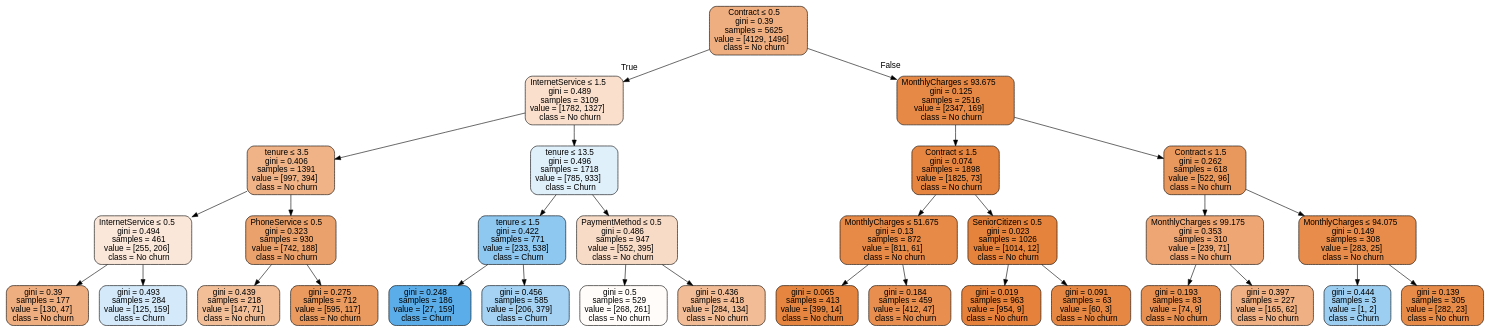
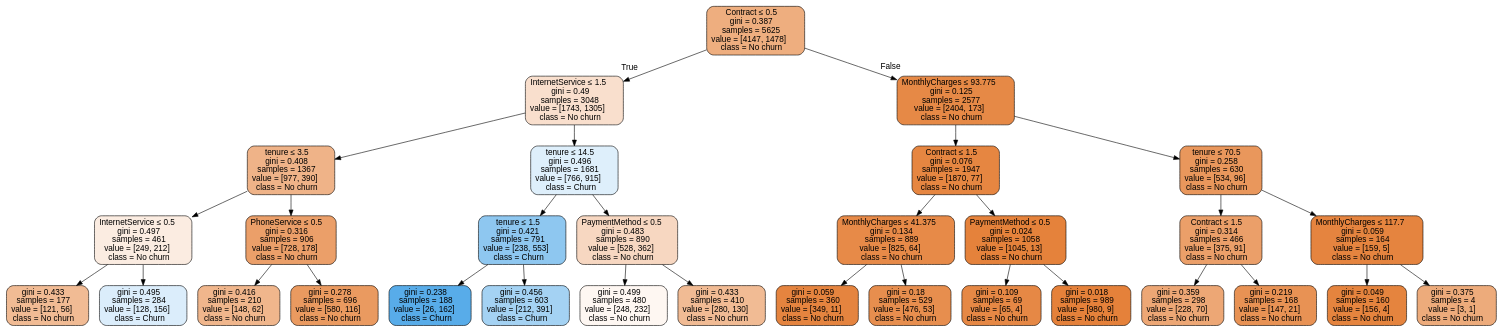
The diagram in decision_tree.gv (smarty1palak/Customer_Churn_Prediction), drawn with Graphviz before and after one commit. The commit also changed 6 other files, not shown here.

```diff
--- a/decision_tree.gv
+++ b/decision_tree.gv
@@ -1,65 +1,65 @@
 digraph Tree {
 node [shape=box, style="filled, rounded", color="black", fontname=helvetica] ;
 edge [fontname=helvetica] ;
-0 [label=<Contract &le; 0.5<br/>gini = 0.39<br/>samples = 5625<br/>value = [4129, 1496]<br/>class = No churn>, fillcolor="#e58139a3"] ;
-1 [label=<InternetService &le; 1.5<br/>gini = 0.489<br/>samples = 3109<br/>value = [1782, 1327]<br/>class = No churn>, fillcolor="#e5813941"] ;
+0 [label=<Contract &le; 0.5<br/>gini = 0.387<br/>samples = 5625<br/>value = [4147, 1478]<br/>class = No churn>, fillcolor="#e58139a4"] ;
+1 [label=<InternetService &le; 1.5<br/>gini = 0.49<br/>samples = 3048<br/>value = [1743, 1305]<br/>class = No churn>, fillcolor="#e5813940"] ;
 0 -> 1 [labeldistance=2.5, labelangle=45, headlabel="True"] ;
-2 [label=<tenure &le; 3.5<br/>gini = 0.406<br/>samples = 1391<br/>value = [997, 394]<br/>class = No churn>, fillcolor="#e581399a"] ;
+2 [label=<tenure &le; 3.5<br/>gini = 0.408<br/>samples = 1367<br/>value = [977, 390]<br/>class = No churn>, fillcolor="#e5813999"] ;
 1 -> 2 ;
-3 [label=<InternetService &le; 0.5<br/>gini = 0.494<br/>samples = 461<br/>value = [255, 206]<br/>class = No churn>, fillcolor="#e5813931"] ;
+3 [label=<InternetService &le; 0.5<br/>gini = 0.497<br/>samples = 461<br/>value = [249, 212]<br/>class = No churn>, fillcolor="#e5813926"] ;
 2 -> 3 ;
-4 [label=<gini = 0.39<br/>samples = 177<br/>value = [130, 47]<br/>class = No churn>, fillcolor="#e58139a3"] ;
+4 [label=<gini = 0.433<br/>samples = 177<br/>value = [121, 56]<br/>class = No churn>, fillcolor="#e5813989"] ;
 3 -> 4 ;
-5 [label=<gini = 0.493<br/>samples = 284<br/>value = [125, 159]<br/>class = Churn>, fillcolor="#399de537"] ;
+5 [label=<gini = 0.495<br/>samples = 284<br/>value = [128, 156]<br/>class = Churn>, fillcolor="#399de52e"] ;
 3 -> 5 ;
-6 [label=<PhoneService &le; 0.5<br/>gini = 0.323<br/>samples = 930<br/>value = [742, 188]<br/>class = No churn>, fillcolor="#e58139be"] ;
+6 [label=<PhoneService &le; 0.5<br/>gini = 0.316<br/>samples = 906<br/>value = [728, 178]<br/>class = No churn>, fillcolor="#e58139c1"] ;
 2 -> 6 ;
-7 [label=<gini = 0.439<br/>samples = 218<br/>value = [147, 71]<br/>class = No churn>, fillcolor="#e5813984"] ;
+7 [label=<gini = 0.416<br/>samples = 210<br/>value = [148, 62]<br/>class = No churn>, fillcolor="#e5813994"] ;
 6 -> 7 ;
-8 [label=<gini = 0.275<br/>samples = 712<br/>value = [595, 117]<br/>class = No churn>, fillcolor="#e58139cd"] ;
+8 [label=<gini = 0.278<br/>samples = 696<br/>value = [580, 116]<br/>class = No churn>, fillcolor="#e58139cc"] ;
 6 -> 8 ;
-9 [label=<tenure &le; 13.5<br/>gini = 0.496<br/>samples = 1718<br/>value = [785, 933]<br/>class = Churn>, fillcolor="#399de528"] ;
+9 [label=<tenure &le; 14.5<br/>gini = 0.496<br/>samples = 1681<br/>value = [766, 915]<br/>class = Churn>, fillcolor="#399de52a"] ;
 1 -> 9 ;
-10 [label=<tenure &le; 1.5<br/>gini = 0.422<br/>samples = 771<br/>value = [233, 538]<br/>class = Churn>, fillcolor="#399de591"] ;
+10 [label=<tenure &le; 1.5<br/>gini = 0.421<br/>samples = 791<br/>value = [238, 553]<br/>class = Churn>, fillcolor="#399de591"] ;
 9 -> 10 ;
-11 [label=<gini = 0.248<br/>samples = 186<br/>value = [27, 159]<br/>class = Churn>, fillcolor="#399de5d4"] ;
+11 [label=<gini = 0.238<br/>samples = 188<br/>value = [26, 162]<br/>class = Churn>, fillcolor="#399de5d6"] ;
 10 -> 11 ;
-12 [label=<gini = 0.456<br/>samples = 585<br/>value = [206, 379]<br/>class = Churn>, fillcolor="#399de574"] ;
+12 [label=<gini = 0.456<br/>samples = 603<br/>value = [212, 391]<br/>class = Churn>, fillcolor="#399de575"] ;
 10 -> 12 ;
-13 [label=<PaymentMethod &le; 0.5<br/>gini = 0.486<br/>samples = 947<br/>value = [552, 395]<br/>class = No churn>, fillcolor="#e5813949"] ;
+13 [label=<PaymentMethod &le; 0.5<br/>gini = 0.483<br/>samples = 890<br/>value = [528, 362]<br/>class = No churn>, fillcolor="#e5813950"] ;
 9 -> 13 ;
-14 [label=<gini = 0.5<br/>samples = 529<br/>value = [268, 261]<br/>class = No churn>, fillcolor="#e5813907"] ;
+14 [label=<gini = 0.499<br/>samples = 480<br/>value = [248, 232]<br/>class = No churn>, fillcolor="#e5813910"] ;
 13 -> 14 ;
-15 [label=<gini = 0.436<br/>samples = 418<br/>value = [284, 134]<br/>class = No churn>, fillcolor="#e5813987"] ;
+15 [label=<gini = 0.433<br/>samples = 410<br/>value = [280, 130]<br/>class = No churn>, fillcolor="#e5813989"] ;
 13 -> 15 ;
-16 [label=<MonthlyCharges &le; 93.675<br/>gini = 0.125<br/>samples = 2516<br/>value = [2347, 169]<br/>class = No churn>, fillcolor="#e58139ed"] ;
+16 [label=<MonthlyCharges &le; 93.775<br/>gini = 0.125<br/>samples = 2577<br/>value = [2404, 173]<br/>class = No churn>, fillcolor="#e58139ed"] ;
 0 -> 16 [labeldistance=2.5, labelangle=-45, headlabel="False"] ;
-17 [label=<Contract &le; 1.5<br/>gini = 0.074<br/>samples = 1898<br/>value = [1825, 73]<br/>class = No churn>, fillcolor="#e58139f5"] ;
+17 [label=<Contract &le; 1.5<br/>gini = 0.076<br/>samples = 1947<br/>value = [1870, 77]<br/>class = No churn>, fillcolor="#e58139f4"] ;
 16 -> 17 ;
-18 [label=<MonthlyCharges &le; 51.675<br/>gini = 0.13<br/>samples = 872<br/>value = [811, 61]<br/>class = No churn>, fillcolor="#e58139ec"] ;
+18 [label=<MonthlyCharges &le; 41.375<br/>gini = 0.134<br/>samples = 889<br/>value = [825, 64]<br/>class = No churn>, fillcolor="#e58139eb"] ;
 17 -> 18 ;
-19 [label=<gini = 0.065<br/>samples = 413<br/>value = [399, 14]<br/>class = No churn>, fillcolor="#e58139f6"] ;
+19 [label=<gini = 0.059<br/>samples = 360<br/>value = [349, 11]<br/>class = No churn>, fillcolor="#e58139f7"] ;
 18 -> 19 ;
-20 [label=<gini = 0.184<br/>samples = 459<br/>value = [412, 47]<br/>class = No churn>, fillcolor="#e58139e2"] ;
+20 [label=<gini = 0.18<br/>samples = 529<br/>value = [476, 53]<br/>class = No churn>, fillcolor="#e58139e3"] ;
 18 -> 20 ;
-21 [label=<SeniorCitizen &le; 0.5<br/>gini = 0.023<br/>samples = 1026<br/>value = [1014, 12]<br/>class = No churn>, fillcolor="#e58139fc"] ;
+21 [label=<PaymentMethod &le; 0.5<br/>gini = 0.024<br/>samples = 1058<br/>value = [1045, 13]<br/>class = No churn>, fillcolor="#e58139fc"] ;
 17 -> 21 ;
-22 [label=<gini = 0.019<br/>samples = 963<br/>value = [954, 9]<br/>class = No churn>, fillcolor="#e58139fd"] ;
+22 [label=<gini = 0.109<br/>samples = 69<br/>value = [65, 4]<br/>class = No churn>, fillcolor="#e58139ef"] ;
 21 -> 22 ;
-23 [label=<gini = 0.091<br/>samples = 63<br/>value = [60, 3]<br/>class = No churn>, fillcolor="#e58139f2"] ;
+23 [label=<gini = 0.018<br/>samples = 989<br/>value = [980, 9]<br/>class = No churn>, fillcolor="#e58139fd"] ;
 21 -> 23 ;
-24 [label=<Contract &le; 1.5<br/>gini = 0.262<br/>samples = 618<br/>value = [522, 96]<br/>class = No churn>, fillcolor="#e58139d0"] ;
+24 [label=<tenure &le; 70.5<br/>gini = 0.258<br/>samples = 630<br/>value = [534, 96]<br/>class = No churn>, fillcolor="#e58139d1"] ;
 16 -> 24 ;
-25 [label=<MonthlyCharges &le; 99.175<br/>gini = 0.353<br/>samples = 310<br/>value = [239, 71]<br/>class = No churn>, fillcolor="#e58139b3"] ;
+25 [label=<Contract &le; 1.5<br/>gini = 0.314<br/>samples = 466<br/>value = [375, 91]<br/>class = No churn>, fillcolor="#e58139c1"] ;
 24 -> 25 ;
-26 [label=<gini = 0.193<br/>samples = 83<br/>value = [74, 9]<br/>class = No churn>, fillcolor="#e58139e0"] ;
+26 [label=<gini = 0.359<br/>samples = 298<br/>value = [228, 70]<br/>class = No churn>, fillcolor="#e58139b1"] ;
 25 -> 26 ;
-27 [label=<gini = 0.397<br/>samples = 227<br/>value = [165, 62]<br/>class = No churn>, fillcolor="#e581399f"] ;
+27 [label=<gini = 0.219<br/>samples = 168<br/>value = [147, 21]<br/>class = No churn>, fillcolor="#e58139db"] ;
 25 -> 27 ;
-28 [label=<MonthlyCharges &le; 94.075<br/>gini = 0.149<br/>samples = 308<br/>value = [283, 25]<br/>class = No churn>, fillcolor="#e58139e8"] ;
+28 [label=<MonthlyCharges &le; 117.7<br/>gini = 0.059<br/>samples = 164<br/>value = [159, 5]<br/>class = No churn>, fillcolor="#e58139f7"] ;
 24 -> 28 ;
-29 [label=<gini = 0.444<br/>samples = 3<br/>value = [1, 2]<br/>class = Churn>, fillcolor="#399de57f"] ;
+29 [label=<gini = 0.049<br/>samples = 160<br/>value = [156, 4]<br/>class = No churn>, fillcolor="#e58139f8"] ;
 28 -> 29 ;
-30 [label=<gini = 0.139<br/>samples = 305<br/>value = [282, 23]<br/>class = No churn>, fillcolor="#e58139ea"] ;
+30 [label=<gini = 0.375<br/>samples = 4<br/>value = [3, 1]<br/>class = No churn>, fillcolor="#e58139aa"] ;
 28 -> 30 ;
 }
```
